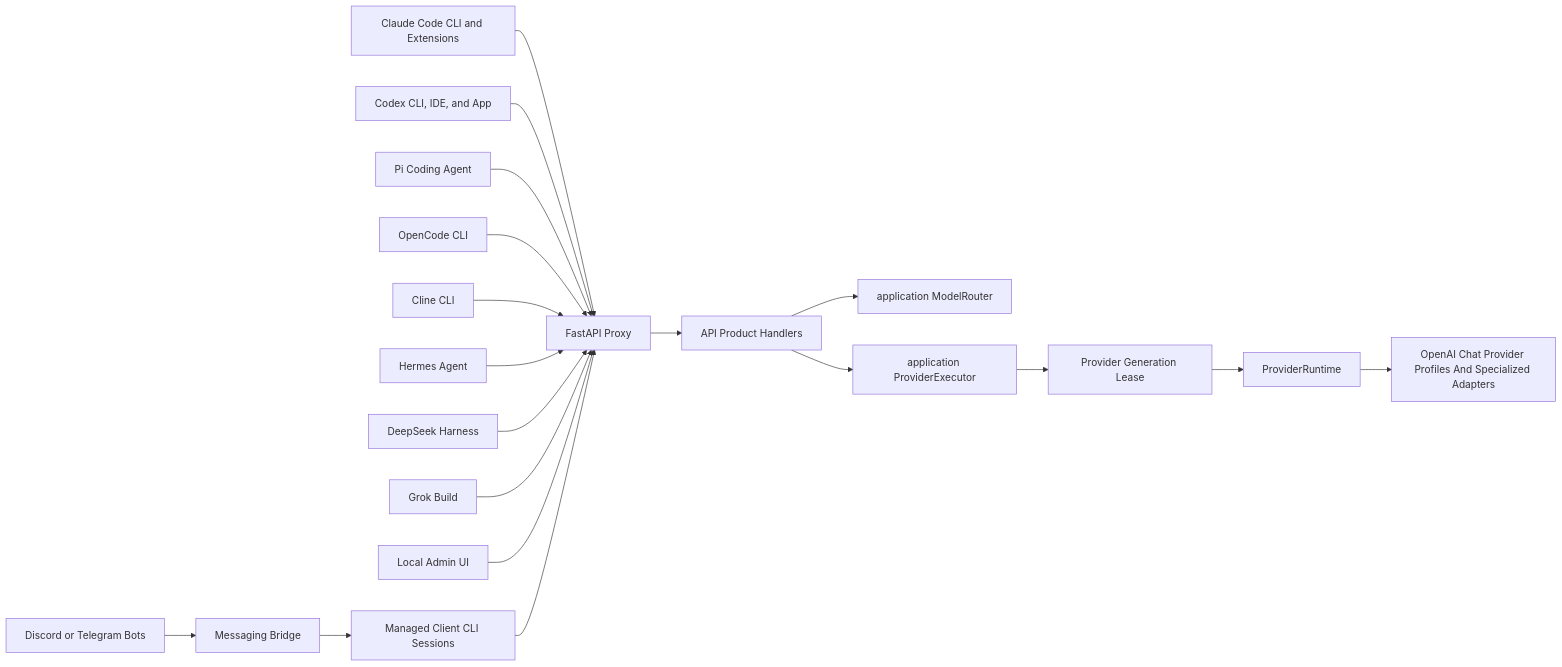
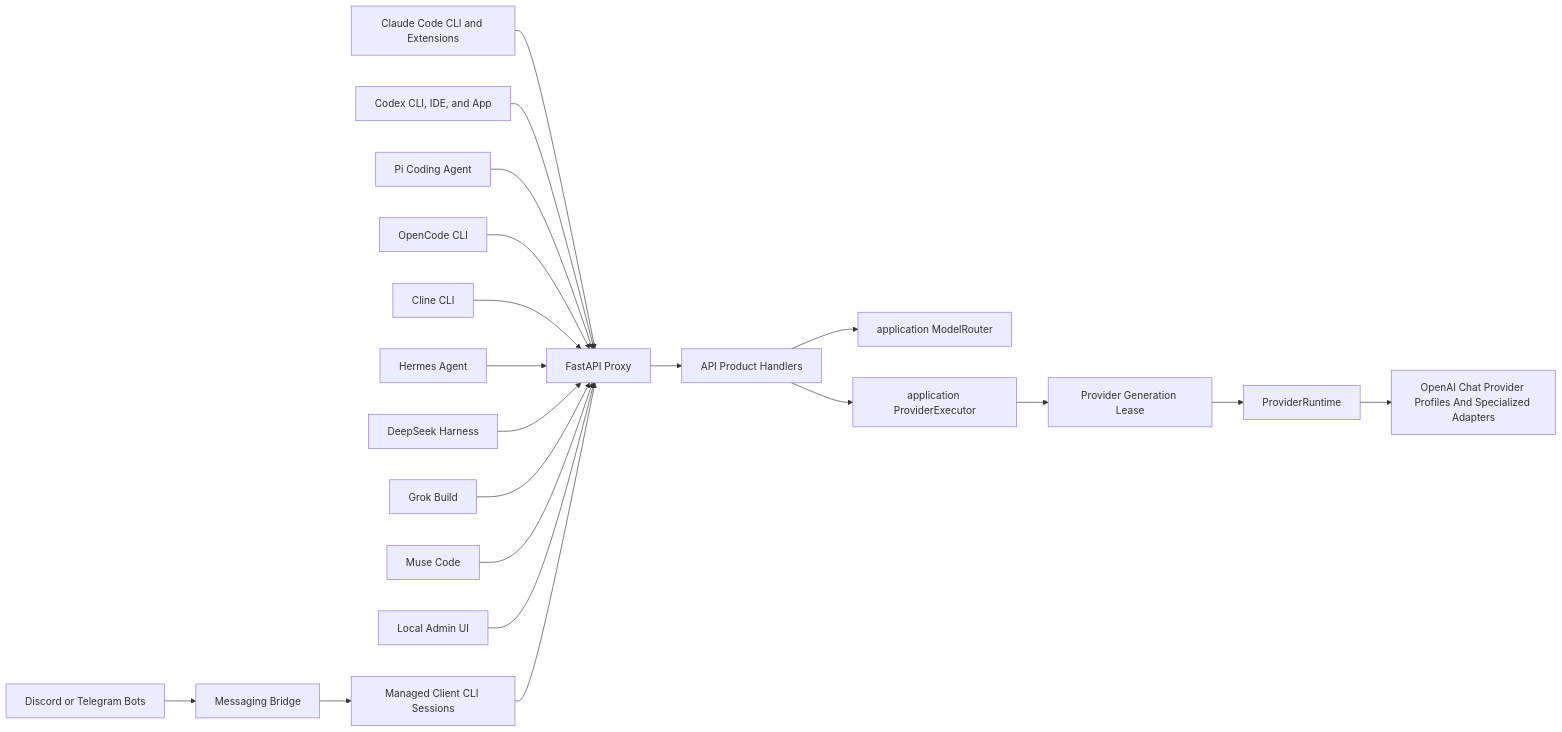
Before and after one commit to MysticCoss/free-claude-code: the first of 3 diagrams in ARCHITECTURE.md, drawn with Mermaid. The commit also changed other lines of this file and 21 other files, not shown here.

First line of the commit message:
Add Muse Code as a first-class FCC client (#1492)

````diff
--- a/ARCHITECTURE.md
+++ b/ARCHITECTURE.md
@@ -29,21 +29,22 @@
 ```mermaid
 flowchart LR
     ClaudeCode[Claude Code CLI and Extensions] --> ProxyAPI[FastAPI Proxy]
     Codex[Codex CLI, IDE, and App] --> ProxyAPI
     Pi[Pi Coding Agent] --> ProxyAPI
     OpenCode[OpenCode CLI] --> ProxyAPI
     Cline[Cline CLI] --> ProxyAPI
     Hermes[Hermes Agent] --> ProxyAPI
     DSH[DeepSeek Harness] --> ProxyAPI
     Grok[Grok Build] --> ProxyAPI
+    Muse[Muse Code] --> ProxyAPI
     AdminUI[Local Admin UI] --> ProxyAPI
     Bots[Discord or Telegram Bots] --> Messaging[Messaging Bridge]
     Messaging --> ClientCLI[Managed Client CLI Sessions]
     ClientCLI --> ProxyAPI
     ProxyAPI --> Handlers[API Product Handlers]
     Handlers --> Router[application ModelRouter]
     Handlers --> Executor[application ProviderExecutor]
     Executor --> Lease[Provider Generation Lease]
     Lease --> Providers[ProviderRuntime]
     Providers --> OpenAIChat[OpenAI Chat Provider Profiles And Specialized Adapters]
 ```
````
